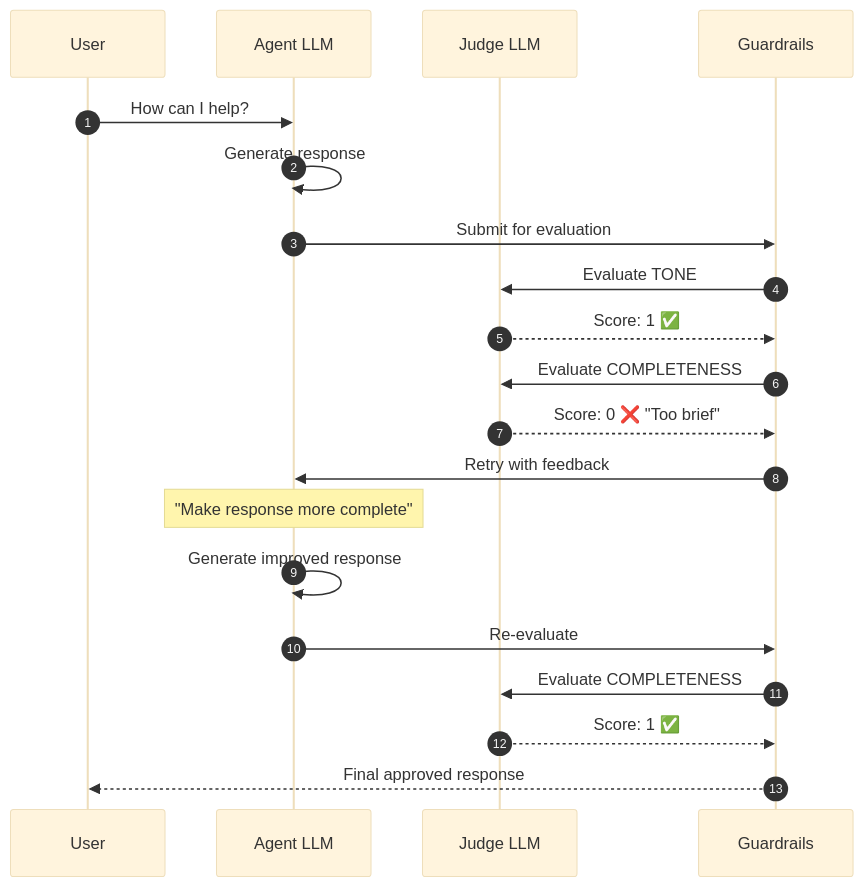
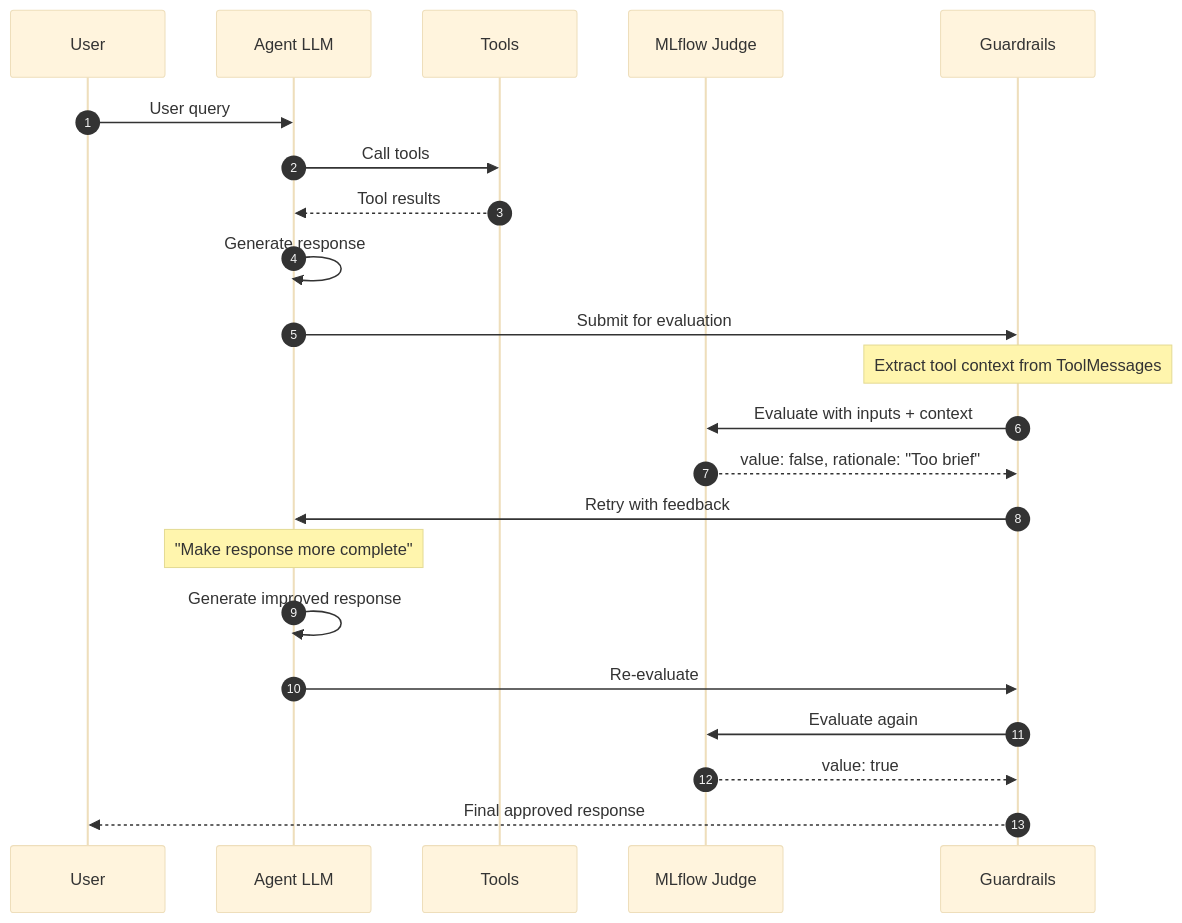
The second of 2 diagrams in config/examples/08_guardrails/README.md (natefleming/retail-ai), drawn with Mermaid before and after one commit. The commit also changed other lines of this file and 24 other files, not shown here.

Commit message:
replace openeval with mlflow make judge

````diff
--- a/config/examples/08_guardrails/README.md
+++ b/config/examples/08_guardrails/README.md
@@ -56,29 +54,31 @@
 ```mermaid
 %%{init: {'theme': 'base'}}%%
 sequenceDiagram
     autonumber
-    participant 👤 as User
-    participant 🤖 as Agent LLM
-    participant ⚖️ as Judge LLM
-    participant 🛡️ as Guardrails
+    participant User
+    participant AgentLLM as Agent LLM
+    participant Tools
+    participant JudgeLLM as MLflow Judge
+    participant GuardrailMW as Guardrails
 
-    👤->>🤖: How can I help?
-    🤖->>🤖: Generate response
-    🤖->>🛡️: Submit for evaluation
+    User->>AgentLLM: User query
+    AgentLLM->>Tools: Call tools
+    Tools-->>AgentLLM: Tool results
+    AgentLLM->>AgentLLM: Generate response
+    AgentLLM->>GuardrailMW: Submit for evaluation
     
-    🛡️->>⚖️: Evaluate TONE
-    ⚖️-->>🛡️: Score: 1 ✅
+    Note over GuardrailMW: Extract tool context from ToolMessages
     
-    🛡️->>⚖️: Evaluate COMPLETENESS
-    ⚖️-->>🛡️: Score: 0 ❌ "Too brief"
+    GuardrailMW->>JudgeLLM: Evaluate with inputs + context
+    JudgeLLM-->>GuardrailMW: value: false, rationale: "Too brief"
     
-    🛡️->>🤖: Retry with feedback
-    Note over 🤖: "Make response more complete"
-    🤖->>🤖: Generate improved response
+    GuardrailMW->>AgentLLM: Retry with feedback
+    Note over AgentLLM: "Make response more complete"
+    AgentLLM->>AgentLLM: Generate improved response
     
-    🤖->>🛡️: Re-evaluate
-    🛡️->>⚖️: Evaluate COMPLETENESS
-    ⚖️-->>🛡️: Score: 1 ✅
+    AgentLLM->>GuardrailMW: Re-evaluate
+    GuardrailMW->>JudgeLLM: Evaluate again
+    JudgeLLM-->>GuardrailMW: value: true
     
-    🛡️-->>👤: Final approved response
+    GuardrailMW-->>User: Final approved response
 ```
````
